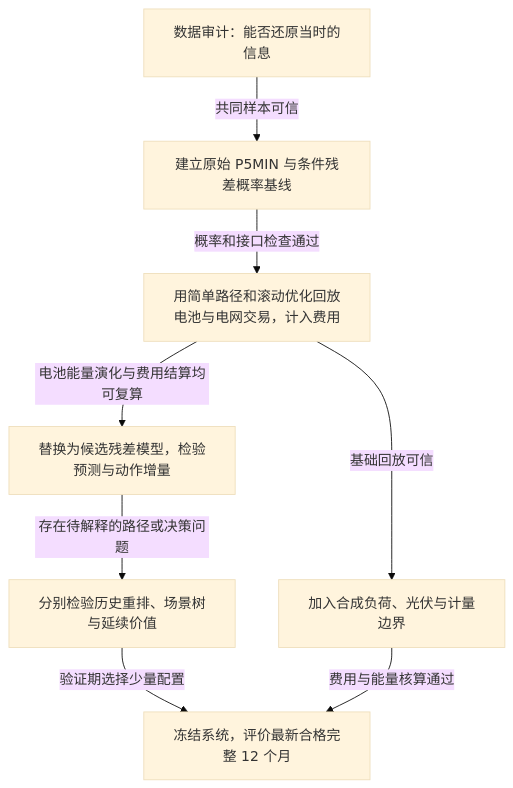
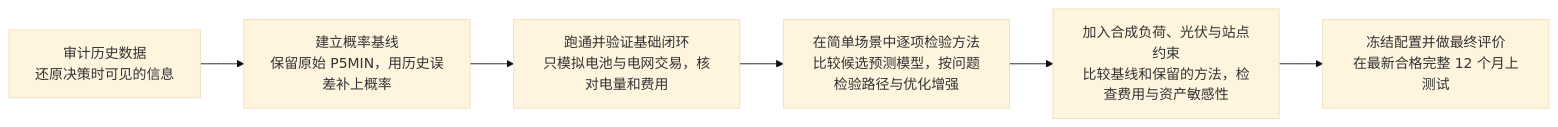
The second of 4 diagrams in docs/plan/NSW1_第一阶段_一小时残差概率预测与储能随机滚动优化技术方案_重写版.md (sundllyq/australia_algorithm_oversea), drawn with Mermaid (base theme) before and after one commit. The commit also changed other lines of this file and 9 other files, not shown here.

Commit message:
docs: add planning diagrams, refine decision timeline labels, and update technical writing standards

````diff
--- a/docs/plan/NSW1_第一阶段_一小时残差概率预测与储能随机滚动优化技术方案_重写版.md
+++ b/docs/plan/NSW1_第一阶段_一小时残差概率预测与储能随机滚动优化技术方案_重写版.md
@@ -74,10 +74,10 @@
 ```mermaid
-flowchart TD
-    A["数据审计：能否还原当时的信息"] -->|"共同样本可信"| B["建立原始 P5MIN 与条件残差概率基线"]
-    B -->|"概率和接口检查通过"| C["用简单路径和滚动优化回放电池与电网交易，计入费用"]
-    C -->|"电池能量演化与费用结算均可复算"| D["替换为候选残差模型，检验预测与动作增量"]
-    D -->|"存在待解释的路径或决策问题"| E["分别检验历史重排、场景树与延续价值"]
-    C -->|"基础回放可信"| F["加入合成负荷、光伏与计量边界"]
-    E -->|"验证期选择少量配置"| G["冻结系统，评价最新合格完整 12 个月"]
-    F -->|"费用与能量核算通过"| G
+flowchart LR
+    A["审计历史数据<br/>还原决策时可见的信息"]
+    B["建立概率基线<br/>保留原始 P5MIN，用历史误差补上概率"]
+    C["跑通并验证基础闭环<br/>只模拟电池与电网交易，核对电量和费用"]
+    D["在简单场景中逐项检验方法<br/>比较候选预测模型，按问题检验路径与优化增强"]
+    E["加入合成负荷、光伏与站点约束<br/>比较基线和保留的方法，检查费用与资产敏感性"]
+    F["冻结配置并做最终评价<br/>在最新合格完整 12 个月上测试"]
+    A --> B --> C --> D --> E --> F
 ```
````
